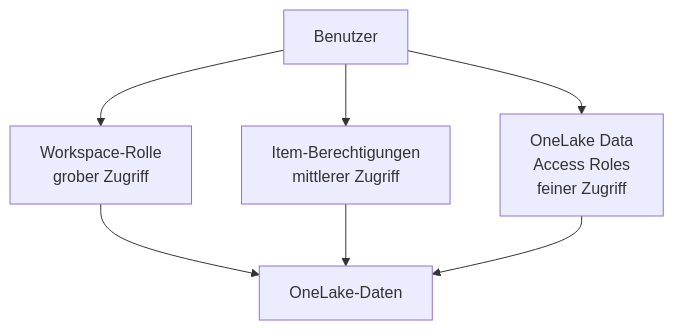
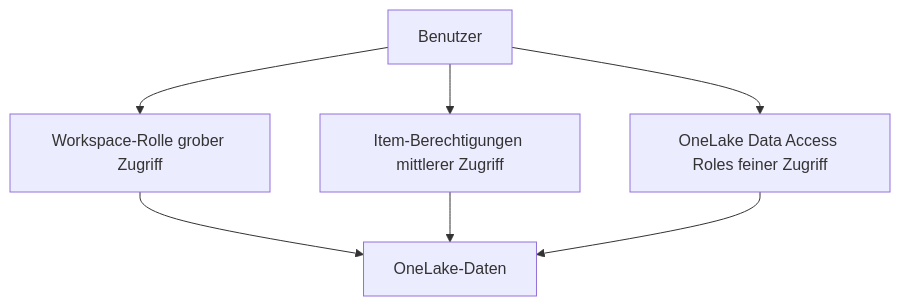
Before and after one commit to SoniiiT/notes-n-docs: the fifth of 5 diagrams in Microsoft 365/Azure/Fabric/OneLake.md, drawn with Mermaid. The commit also changed other lines of this file and 124 other files, not shown here.

First line of the commit message:
fix: Entferne \n aus allen Mermaid-Diagrammen (125 Dateien)

````diff
--- a/Microsoft 365/Azure/Fabric/OneLake.md
+++ b/Microsoft 365/Azure/Fabric/OneLake.md
@@ -269,10 +269,10 @@
 ```mermaid
 graph TD
-    USER[Benutzer] --> WSROLE[Workspace-Rolle\ngrober Zugriff]
-    USER --> ITEMROLE[Item-Berechtigungen\nmittlerer Zugriff]
-    USER --> OLROLE[OneLake Data\nAccess Roles\nfeiner Zugriff]
+    USER[Benutzer] --> WSROLE[Workspace-Rolle grober Zugriff]
+    USER --> ITEMROLE[Item-Berechtigungen mittlerer Zugriff]
+    USER --> OLROLE[OneLake Data Access Roles feiner Zugriff]
     
     WSROLE --> DATA[OneLake-Daten]
     ITEMROLE --> DATA
     OLROLE --> DATA
 ```
````
